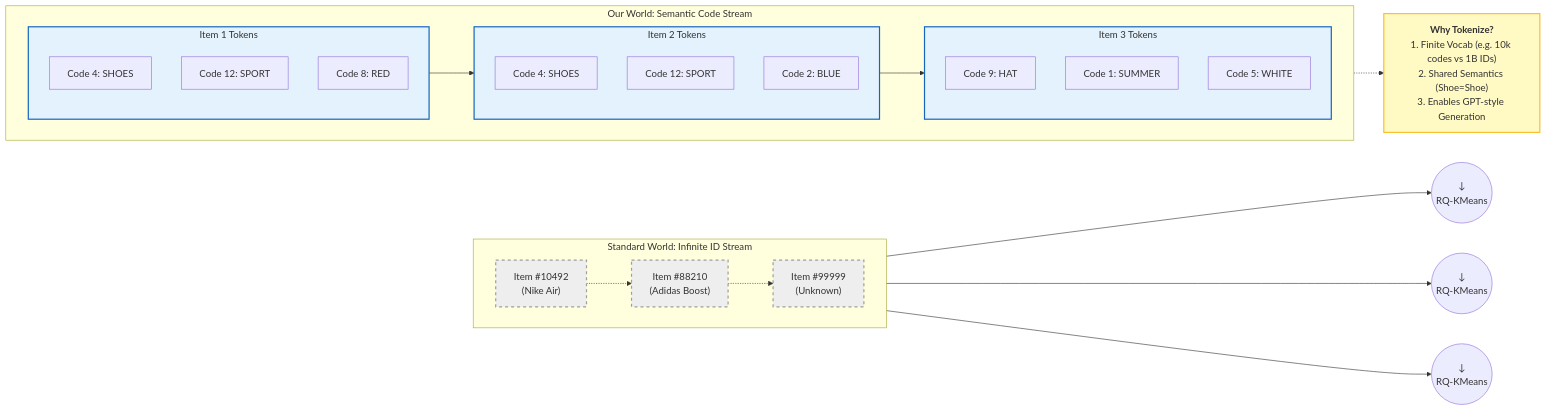
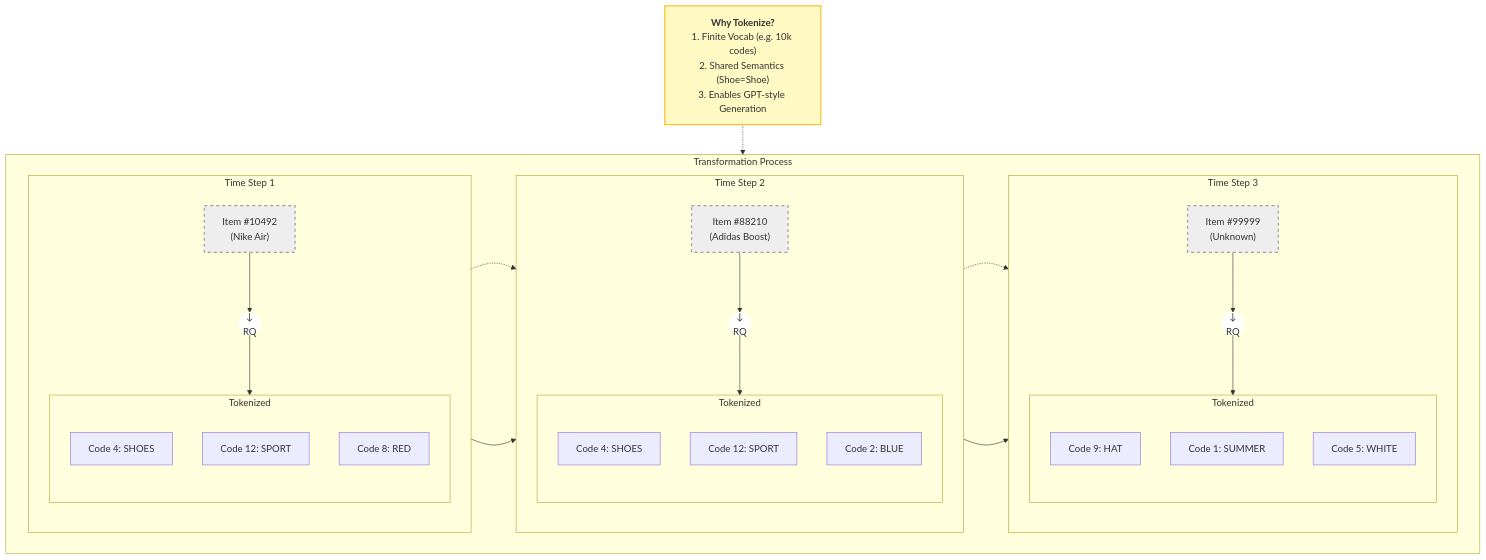
One commit to Jack31098/user_modeling_design changed the sixth of 7 diagrams in doc.markdown. Above: the diagram before and after it, drawn with Mermaid.

Commit message:
reformat

````diff
--- a/doc.markdown
+++ b/doc.markdown
@@ -667,61 +667,61 @@
 ```mermaid
-graph LR
+graph TB
     %% Styles
     classDef raw_item fill:#eeeeee,stroke:#9e9e9e,stroke-width:2px,stroke-dasharray: 5 5;
     classDef token_group fill:#e3f2fd,stroke:#1565c0,stroke-width:2px;
     classDef vocab_note fill:#fff9c4,stroke:#fbc02d,stroke-width:2px;
+    classDef trans_node fill:#fff,stroke:#000,stroke-width:0px;
 
-    %% 1. The Old World
-    subgraph Raw_World ["Standard World: Infinite ID Stream"]
+    %% Explanation Note
+    Note_Vocab["<b>Why Tokenize?</b><br>1. Finite Vocab (e.g. 10k codes)<br>2. Shared Semantics (Shoe=Shoe)<br>3. Enables GPT-style Generation"]:::vocab_note
+
+    %% Main Flow
+    subgraph Flow [Transformation Process]
         direction LR
-        ID1["Item #10492<br>(Nike Air)"]:::raw_item
-        ID2["Item #88210<br>(Adidas Boost)"]:::raw_item
-        ID3["Item #99999<br>(Unknown)"]:::raw_item
-        
-        ID1 -.-> ID2 -.-> ID3
-    end
 
-    %% Transformation
-    Trans_Arrow1((&darr;<br>RQ-KMeans))
-    Trans_Arrow2((&darr;<br>RQ-KMeans))
-    Trans_Arrow3((&darr;<br>RQ-KMeans))
-    
-    ID1 --> Trans_Arrow1
-    ID2 --> Trans_Arrow2
-    ID3 --> Trans_Arrow3
-
-    %% 2. The New World
-    subgraph Token_World ["Our World: Semantic Code Stream"]
-        direction LR
-        
-        subgraph T1 ["Item 1 Tokens"]
+        %% Pair 1
+        subgraph Pair1 [Time Step 1]
             direction TB
-            C1_1["Code 4: SHOES"]
-            C1_2["Code 12: SPORT"]
-            C1_3["Code 8: RED"]
-        end
-        
-        subgraph T2 ["Item 2 Tokens"]
-            direction TB
-            C2_1["Code 4: SHOES"]
-            C2_2["Code 12: SPORT"]
-            C2_3["Code 2: BLUE"]
-        end
-        
-        subgraph T3 ["Item 3 Tokens"]
-            direction TB
-            C3_1["Code 9: HAT"]
-            C3_2["Code 1: SUMMER"]
-            C3_3["Code 5: WHITE"]
+            ID1["Item #10492<br>(Nike Air)"]:::raw_item
+            Arrow1((&darr;<br>RQ)):::trans_node
+            subgraph T1 ["Tokenized"]
+                C1_1["Code 4: SHOES"]
+                C1_2["Code 12: SPORT"]
+                C1_3["Code 8: RED"]
+            end
+            ID1 --> Arrow1 --> T1
         end
 
+        %% Pair 2
+        subgraph Pair2 [Time Step 2]
+            direction TB
+            ID2["Item #88210<br>(Adidas Boost)"]:::raw_item
+            Arrow2((&darr;<br>RQ)):::trans_node
+            subgraph T2 ["Tokenized"]
+                C2_1["Code 4: SHOES"]
+                C2_2["Code 12: SPORT"]
+                C2_3["Code 2: BLUE"]
+            end
+            ID2 --> Arrow2 --> T2
+        end
+
+        %% Pair 3
+        subgraph Pair3 [Time Step 3]
+            direction TB
+            ID3["Item #99999<br>(Unknown)"]:::raw_item
+            Arrow3((&darr;<br>RQ)):::trans_node
+            subgraph T3 ["Tokenized"]
+                C3_1["Code 9: HAT"]
+                C3_2["Code 1: SUMMER"]
+                C3_3["Code 5: WHITE"]
+            end
+            ID3 --> Arrow3 --> T3
+        end
+
+        %% Horizontal Connections
+        ID1 -.-> ID2 -.-> ID3
         T1 --> T2 --> T3
     end
 
-    %% Explanation
-    Note_Vocab["<b>Why Tokenize?</b><br>1. Finite Vocab (e.g. 10k codes vs 1B IDs)<br>2. Shared Semantics (Shoe=Shoe)<br>3. Enables GPT-style Generation"]:::vocab_note
-
-    Token_World -.-> Note_Vocab
-
-    class T1,T2,T3 token_group
+    Note_Vocab -.-> Flow
 ```
````
